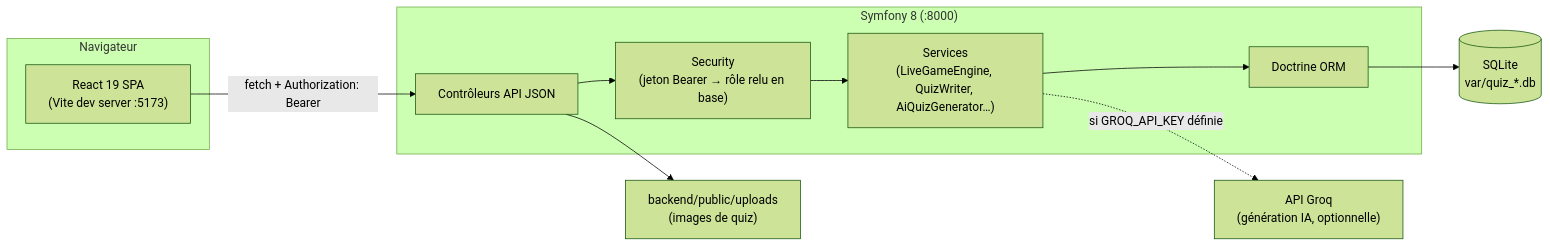
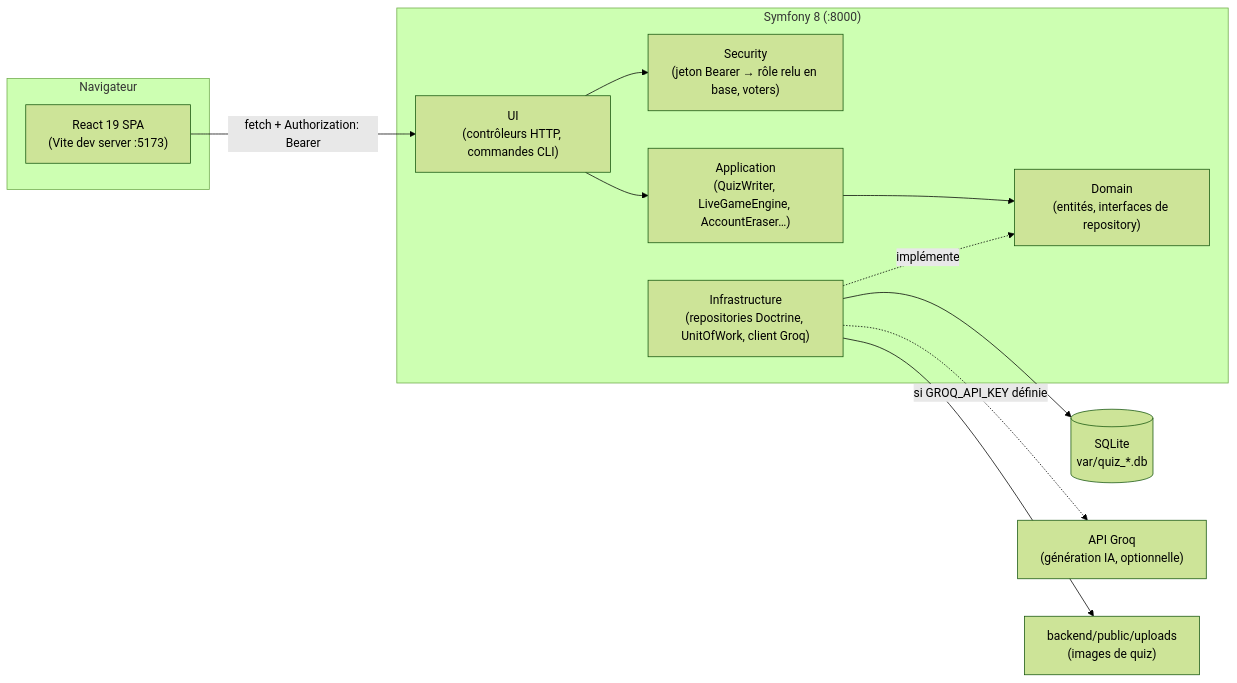
The diagram in README.md (AxelAllProject/QuizAppAI), drawn with Mermaid (forest theme) before and after one commit. The commit also changed other lines of this file, not shown here.

Commit message:
README : architecture DDD par bounded context et nouvelle structure du backend

````diff
--- a/README.md
+++ b/README.md
@@ -57,22 +57,26 @@
 ```mermaid
 flowchart LR
     subgraph Client["Navigateur"]
         SPA["React 19 SPA\n(Vite dev server :5173)"]
     end
 
     subgraph Server["Symfony 8 (:8000)"]
-        API["Contrôleurs API JSON"]
-        SEC["Security\n(jeton Bearer → rôle relu en base)"]
-        SVC["Services\n(LiveGameEngine, QuizWriter, AiQuizGenerator…)"]
-        ORM["Doctrine ORM"]
+        UI["UI\n(contrôleurs HTTP, commandes CLI)"]
+        SEC["Security\n(jeton Bearer → rôle relu en base, voters)"]
+        APP["Application\n(QuizWriter, LiveGameEngine, AccountEraser…)"]
+        DOM["Domain\n(entités, interfaces de repository)"]
+        INFRA["Infrastructure\n(repositories Doctrine, UnitOfWork, client Groq)"]
     end
 
     DB[("SQLite\nvar/quiz_*.db")]
     GROQ["API Groq\n(génération IA, optionnelle)"]
     UP["backend/public/uploads\n(images de quiz)"]
 
-    SPA -- "fetch + Authorization: Bearer" --> API
-    API --> SEC --> SVC --> ORM --> DB
-    SVC -. "si GROQ_API_KEY définie" .-> GROQ
-    API --> UP
+    SPA -- "fetch + Authorization: Bearer" --> UI
+    UI --> SEC
+    UI --> APP --> DOM
+    INFRA -. "implémente" .-> DOM
+    INFRA --> DB
+    INFRA -. "si GROQ_API_KEY définie" .-> GROQ
+    INFRA --> UP
 ```
````
